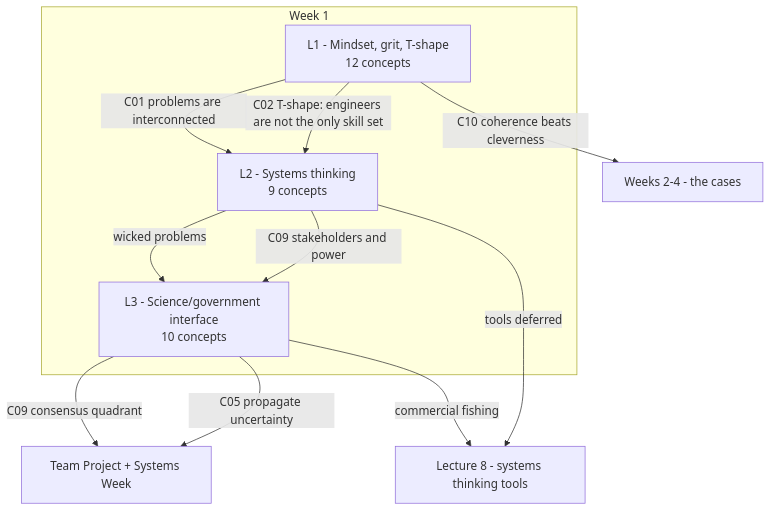
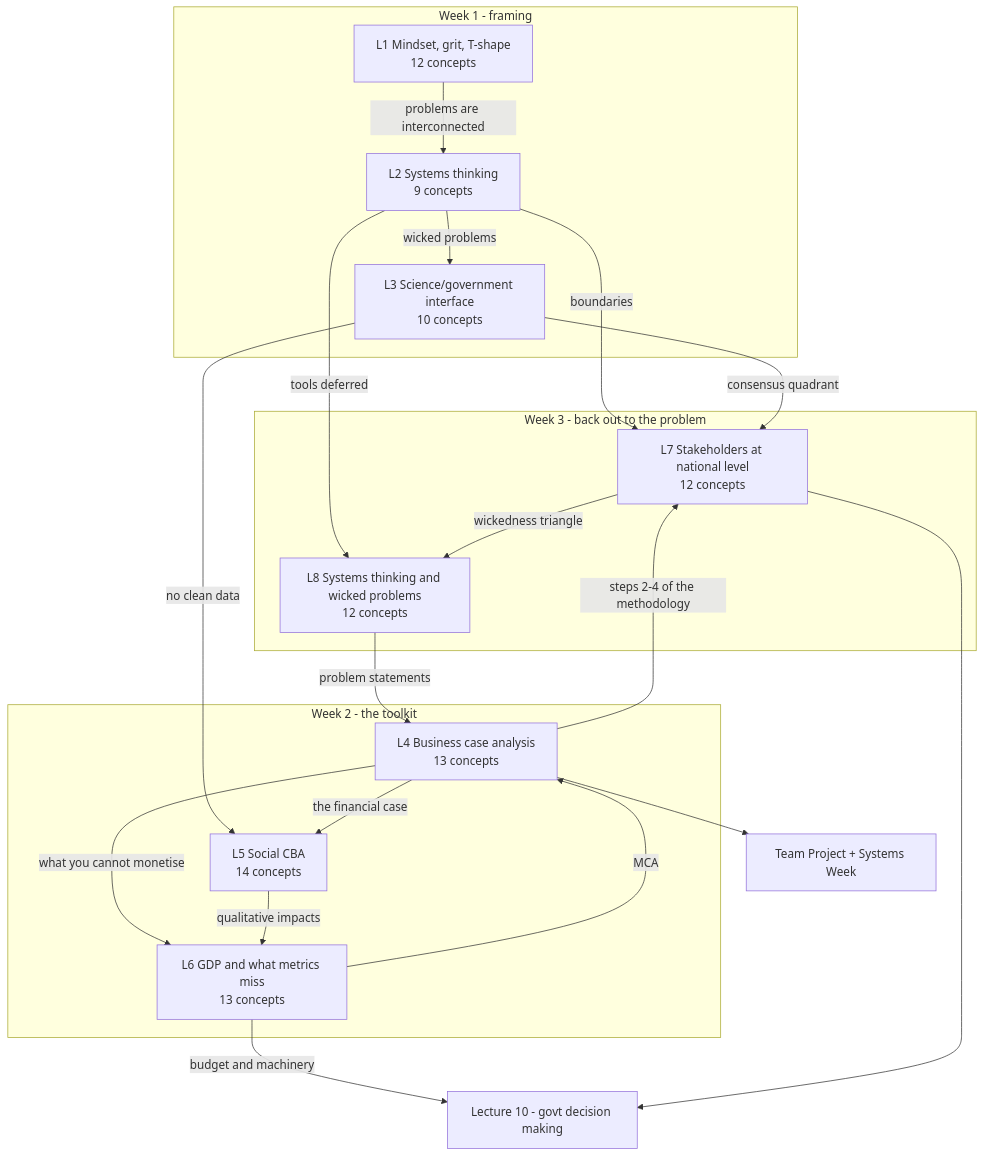
One commit to ZingZing001/uni-study changed the diagram in Sem2/ENGGEN403/course-context/syllabus-map.md. Above: the diagram before and after it, drawn with Mermaid. The commit also changed other lines of this file and 2 other files, not shown here.

Commit message:
ENGGEN403: review queue and syllabus map updated for L4-L8 (95 concepts)

````diff
--- a/Sem2/ENGGEN403/course-context/syllabus-map.md
+++ b/Sem2/ENGGEN403/course-context/syllabus-map.md
@@ -13,17 +13,33 @@
 ```mermaid
 graph TD
-    subgraph W1[Week 1]
-      L1[L1 - Mindset, grit, T-shape<br/>12 concepts]
-      L2[L2 - Systems thinking<br/>9 concepts]
-      L3[L3 - Science/government interface<br/>10 concepts]
+    subgraph W1[Week 1 - framing]
+      L1[L1 Mindset, grit, T-shape<br/>12 concepts]
+      L2[L2 Systems thinking<br/>9 concepts]
+      L3[L3 Science/government interface<br/>10 concepts]
     end
-    L1 -->|C01 problems are interconnected| L2
-    L1 -->|C02 T-shape: engineers are not the only skill set| L2
+    subgraph W2[Week 2 - the toolkit]
+      L4[L4 Business case analysis<br/>13 concepts]
+      L5[L5 Social CBA<br/>14 concepts]
+      L6[L6 GDP and what metrics miss<br/>13 concepts]
+    end
+    subgraph W3[Week 3 - back out to the problem]
+      L7[L7 Stakeholders at national level<br/>12 concepts]
+      L8[L8 Systems thinking and wicked problems<br/>12 concepts]
+    end
+    L1 -->|problems are interconnected| L2
     L2 -->|wicked problems| L3
-    L2 -->|C09 stakeholders and power| L3
-    L3 -->|C09 consensus quadrant| PROJ[Team Project + Systems Week]
-    L3 -->|C05 propagate uncertainty| PROJ
-    L1 -->|C10 coherence beats cleverness| CASES[Weeks 2-4 - the cases]
-    L2 -->|tools deferred| L8[Lecture 8 - systems thinking tools]
-    L3 -->|commercial fishing| L8
+    L2 -->|boundaries| L7
+    L2 -->|tools deferred| L8
+    L3 -->|consensus quadrant| L7
+    L3 -->|no clean data| L5
+    L4 -->|the financial case| L5
+    L4 -->|what you cannot monetise| L6
+    L4 -->|steps 2-4 of the methodology| L7
+    L5 -->|qualitative impacts| L6
+    L6 -->|MCA| L4
+    L7 -->|wickedness triangle| L8
+    L8 -->|problem statements| L4
+    L4 --> PROJ[Team Project + Systems Week]
+    L6 -->|budget and machinery| L10[Lecture 10 - govt decision making]
+    L7 --> L10
 ```
````
